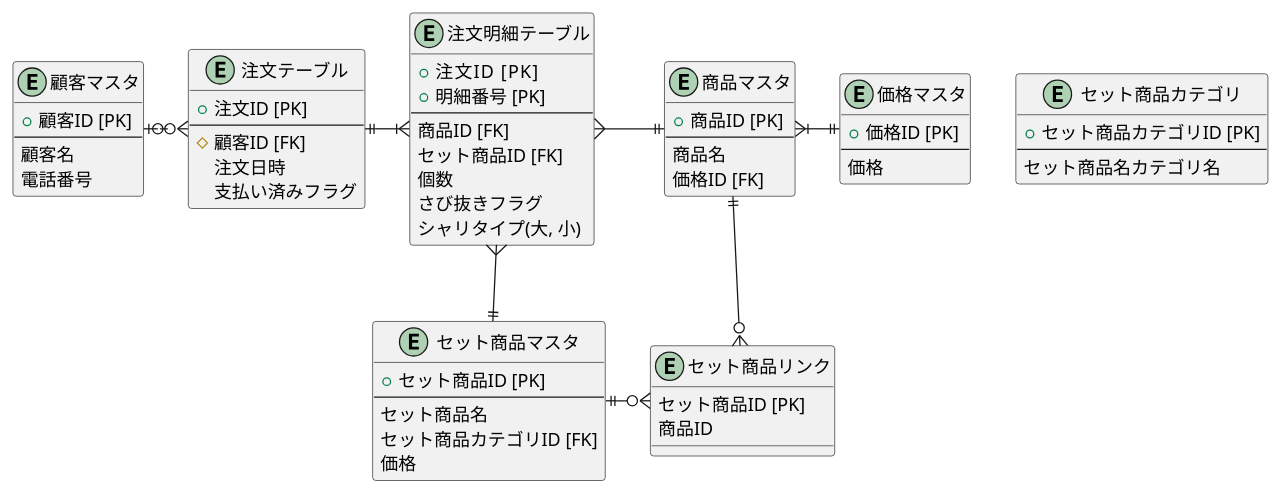
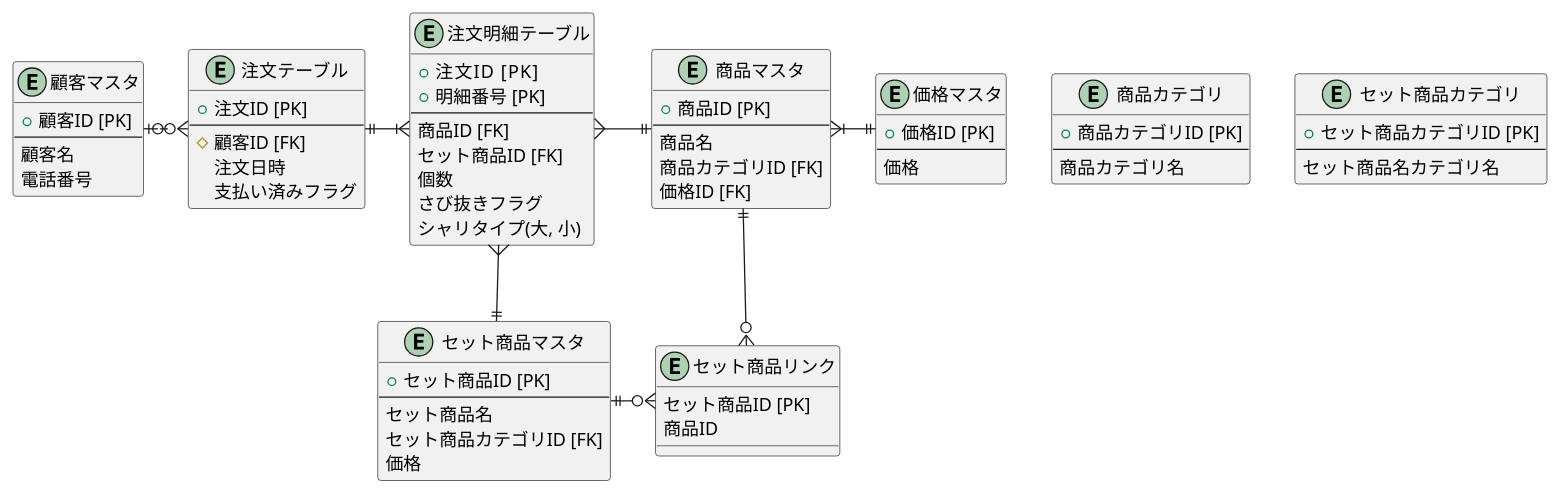
The diagram in lesson01/task02_02.pu (cashev/praha-challenge), drawn with PlantUML before and after one commit. The commit also changed 1 other file, not shown here.

```diff
--- a/lesson01/task02_02.pu
+++ b/lesson01/task02_02.pu
@@ -1,97 +1,108 @@
 @startuml
 
 
 entity "顧客マスタ" as customer {
   + 顧客ID [PK]
   --
   顧客名
   電話番号
 }
 
 entity "注文テーブル" as order {
   + 注文ID [PK]
   --
   # 顧客ID [FK]
   注文日時
   支払い済みフラグ
 }
 
 entity "注文明細テーブル" as order_detail {
   + 注文ID   [PK]
   + 明細番号 [PK]
   --
   商品ID [FK]
   セット商品ID [FK]
   個数
   さび抜きフラグ
   シャリタイプ(大, 小)
 }
 
 /'
   お好みすし
 '/
 entity "商品マスタ" as product {
   + 商品ID [PK]
   --
   商品名
+  商品カテゴリID [FK]
   価格ID [FK]
+}
+
+/'
+  商品カテゴリ
+  例:お好みすし, デザート
+'/
+entity "商品カテゴリ" as product_category {
+  + 商品カテゴリID [PK]
+  --
+  商品カテゴリ名
 }
 
 /'
   セットメニュー
 '/
 entity "セット商品マスタ" as set_product {
   + セット商品ID [PK]
   --
   セット商品名
   セット商品カテゴリID [FK]
   価格
 }
 
 /'
   セット商品のカテゴリ名
   例:盛り込み、にぎり
 '/
 entity "セット商品カテゴリ" as set_product_category {
   + セット商品カテゴリID [PK]
   --
   セット商品名カテゴリ名
 }
 
 /'
   セットメニューと寿司ネタを紐付ける
 '/
 entity "セット商品リンク" as set_product_link {
   セット商品ID [PK]
   商品ID
 }
 
 entity "価格マスタ" as price {
   + 価格ID [PK]
   --
   価格
 }
 
 /'
 関係性
 ------   :1
 ----||   :1 and only 1
 ----o|   :0 or 1
 -----{   :many
 ----|{   :1 or more
 ----o{   :0 or many
 
 entityの位置
 ri ...right
 le ...left
 do ...down
 '/
 customer       |o-ri-o{     order
 order          ||-ri-|{     order_detail
 order_detail   }-ri-||      product
 order_detail   }-do-||      set_product
 product        ||-do-o{     set_product_link
 set_product    ||-ri-o{     set_product_link
 product        }|-ri-||     price
 
 @enduml
```
